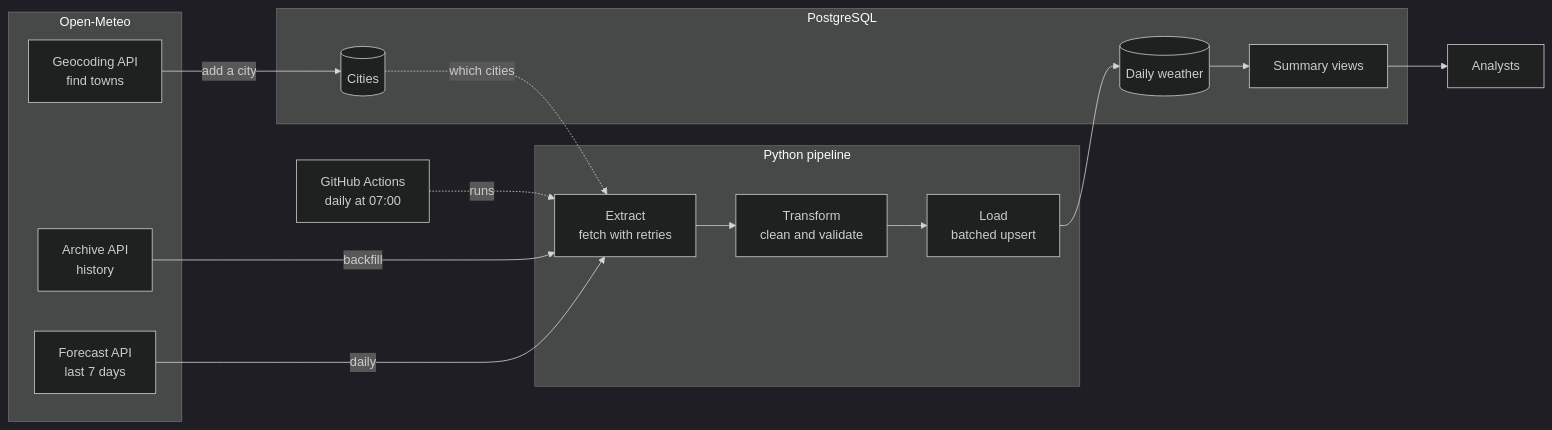
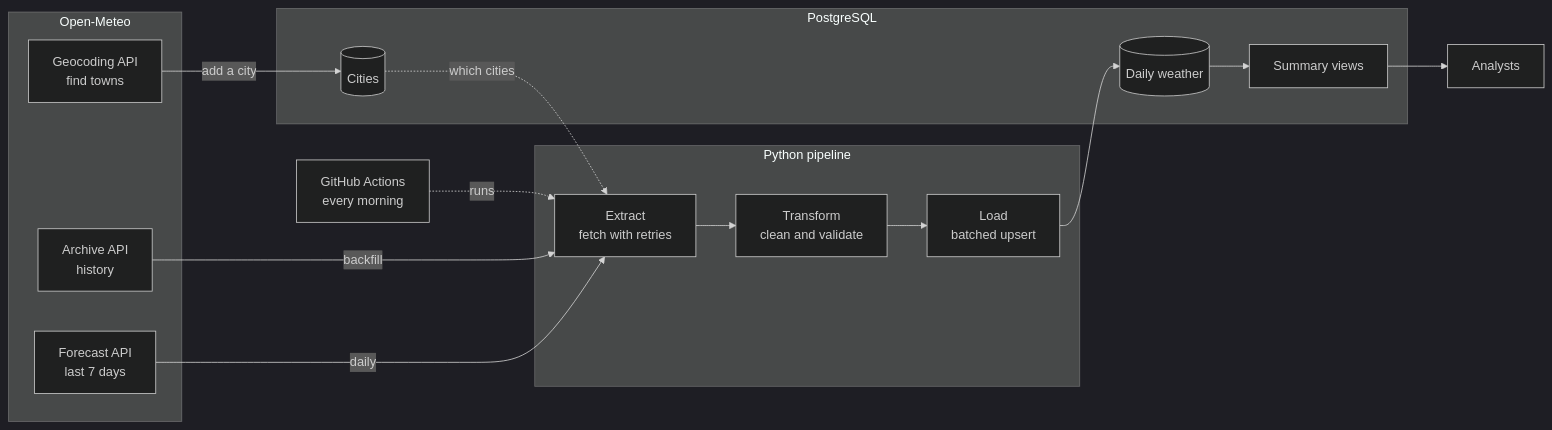
One commit to initysl/weather-pipeline changed the diagram in README.md. Above: the diagram before and after it, drawn with Mermaid (dark theme). The commit also changed other lines of this file and 9 other files, not shown here.

````diff
--- a/README.md
+++ b/README.md
@@ -24,28 +24,28 @@
 ```mermaid
 flowchart LR
     subgraph SRC["Open-Meteo"]
         AR["Archive API<br/>history"]
         FC["Forecast API<br/>last 7 days"]
         GEO["Geocoding API<br/>find towns"]
     end
 
     subgraph PIPE["Python pipeline"]
         EX["Extract<br/>fetch with retries"]
         TR["Transform<br/>clean and validate"]
         LD["Load<br/>batched upsert"]
     end
 
     subgraph DB["PostgreSQL"]
         DC[("Cities")]
         FD[("Daily weather")]
         VW["Summary views"]
     end
 
-    GH["GitHub Actions<br/>daily at 07:00"] -.->|runs| EX
+    GH["GitHub Actions<br/>every morning"] -.->|runs| EX
     AR -->|backfill| EX
     FC -->|daily| EX
     EX --> TR --> LD --> FD
     DC -.->|which cities| EX
     GEO -->|add a city| DC
     FD --> VW --> AN["Analysts"]
 ```
````
